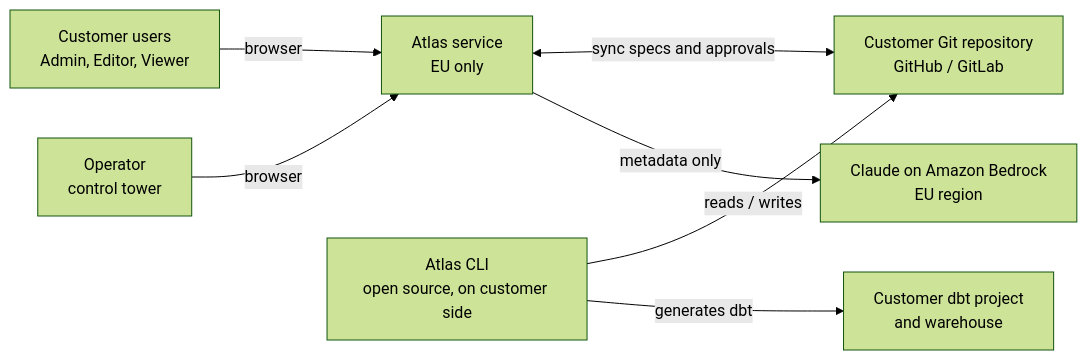
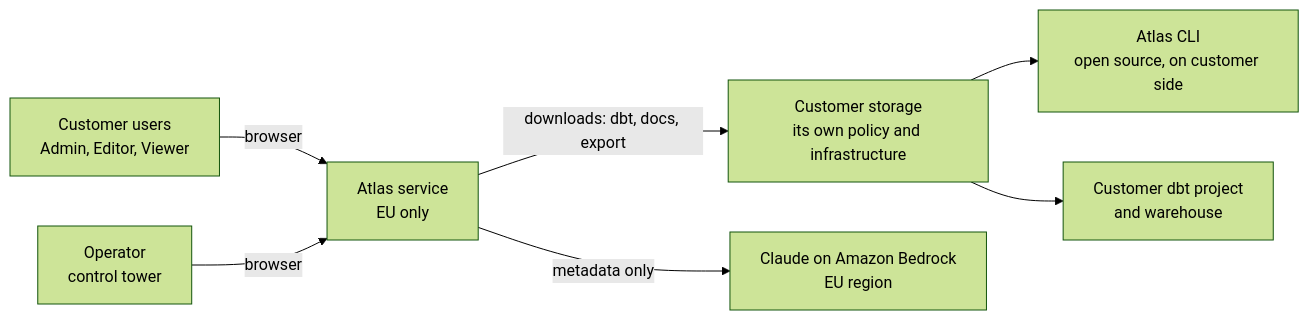
The first of 4 diagrams in docs/04-architecture.md (CorentinHmn/Abyss-Atlas), drawn with Mermaid (forest theme) before and after one commit. The commit also changed other lines of this file and 4 other files, not shown here.

First line of the commit message:
docs: replace Git sync with in-app versions and downloads in architecture

````diff
--- a/docs/04-architecture.md
+++ b/docs/04-architecture.md
@@ -21,10 +22,10 @@
 ```mermaid
 flowchart LR
   user[Customer users<br/>Admin, Editor, Viewer] -->|browser| atlas
   operator[Operator<br/>control tower] -->|browser| atlas
   atlas[Atlas service<br/>EU only]
-  cli[Atlas CLI<br/>open source, on customer side] -->|reads / writes| git
-  atlas <-->|sync specs and approvals| git[Customer Git repository<br/>GitHub / GitLab]
+  atlas -->|downloads: dbt, docs, export| store[Customer storage<br/>its own policy and infrastructure]
+  store --> cli[Atlas CLI<br/>open source, on customer side]
   atlas -->|metadata only| ai[Claude on Amazon Bedrock<br/>EU region]
-  cli -->|generates dbt| dbt[Customer dbt project<br/>and warehouse]
+  store --> dbt[Customer dbt project<br/>and warehouse]
 ```
````
